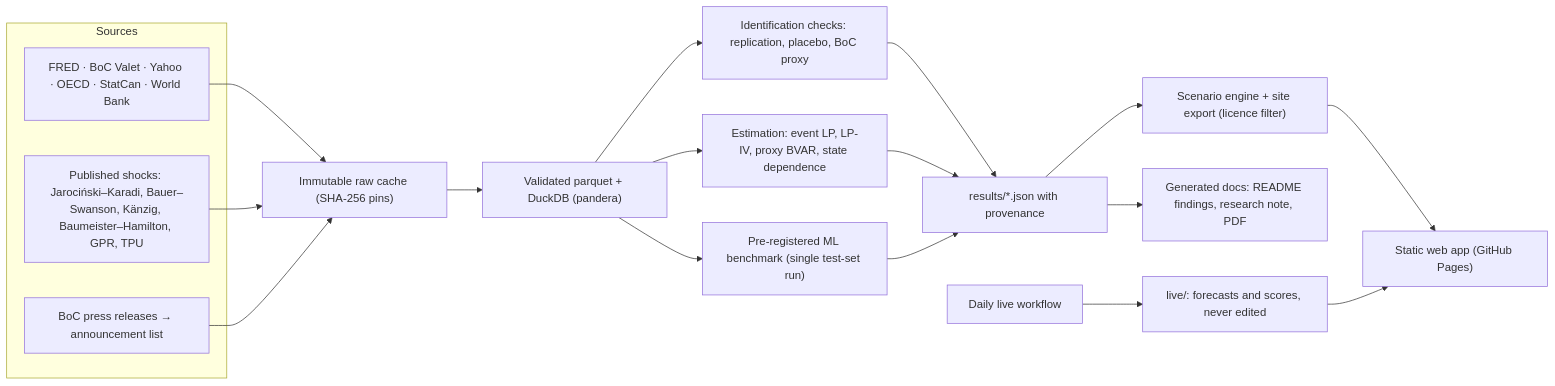
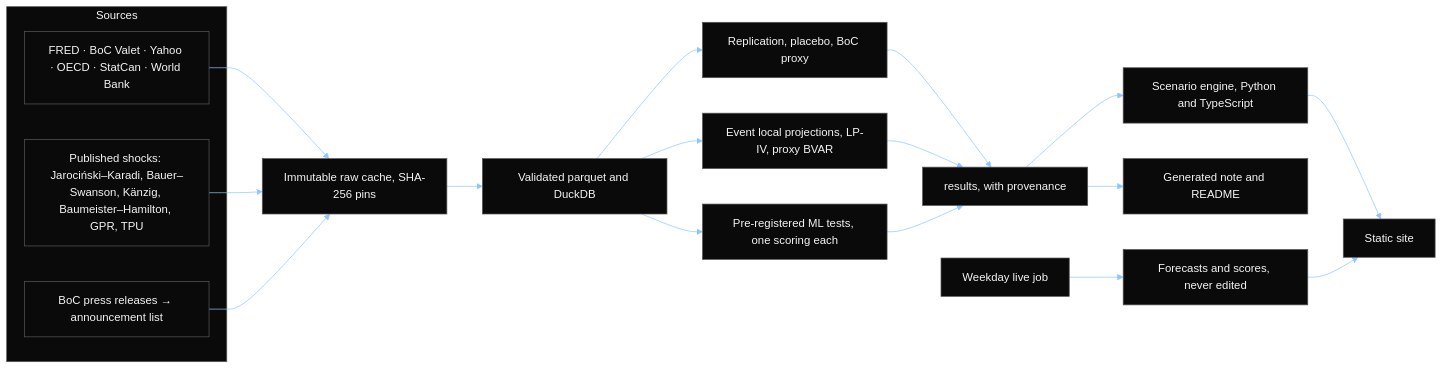
Before and after one commit to shmorsi/world-shock-lab: the diagram in README.md, drawn with Mermaid. The commit also changed other lines of this file and 50 other files, not shown here.

First line of the commit message:
Recruiter polish: live scores, a landing-page README, and a portfolio-matched site (#3)

````diff
--- a/README.md
+++ b/README.md
@@ -103,23 +37,24 @@
 ```mermaid
+%%{init: {"theme": "base", "themeVariables": {"darkMode": true, "background": "#000000", "primaryColor": "#0a0a0a", "primaryTextColor": "#f5f5f7", "primaryBorderColor": "#575757", "lineColor": "#8ec5ff", "secondaryColor": "#111113", "tertiaryColor": "#111113", "clusterBkg": "#0a0a0a", "clusterBorder": "#575757", "titleColor": "#f5f5f7", "edgeLabelBackground": "#000000", "fontFamily": "Inter Tight, Helvetica Neue, Arial, sans-serif"}}}%%
 flowchart LR
   subgraph S[Sources]
     A["FRED · BoC Valet · Yahoo · OECD · StatCan · World Bank"]
     B["Published shocks: Jarociński–Karadi, Bauer–Swanson, Känzig, Baumeister–Hamilton, GPR, TPU"]
     C["BoC press releases → announcement list"]
   end
-  A --> D["Immutable raw cache (SHA-256 pins)"]
+  A --> D["Immutable raw cache, SHA-256 pins"]
   B --> D
   C --> D
-  D --> E["Validated parquet + DuckDB (pandera)"]
-  E --> F["Identification checks: replication, placebo, BoC proxy"]
-  E --> G["Estimation: event LP, LP-IV, proxy BVAR, state dependence"]
-  E --> H["Pre-registered ML benchmark (single test-set run)"]
-  F --> I["results/*.json with provenance"]
+  D --> E["Validated parquet and DuckDB"]
+  E --> F["Replication, placebo, BoC proxy"]
+  E --> G["Event local projections, LP-IV, proxy BVAR"]
+  E --> H["Pre-registered ML tests, one scoring each"]
+  F --> I["results, with provenance"]
   G --> I
   H --> I
-  I --> J["Scenario engine + site export (licence filter)"]
-  J --> K["Static web app (GitHub Pages)"]
-  I --> L["Generated docs: README findings, research note, PDF"]
-  M["Daily live workflow"] --> N["live/: forecasts and scores, never edited"]
+  I --> J["Scenario engine, Python and TypeScript"]
+  J --> K["Static site"]
+  I --> L["Generated note and README"]
+  M["Weekday live job"] --> N["Forecasts and scores, never edited"]
   N --> K
 ```
````
